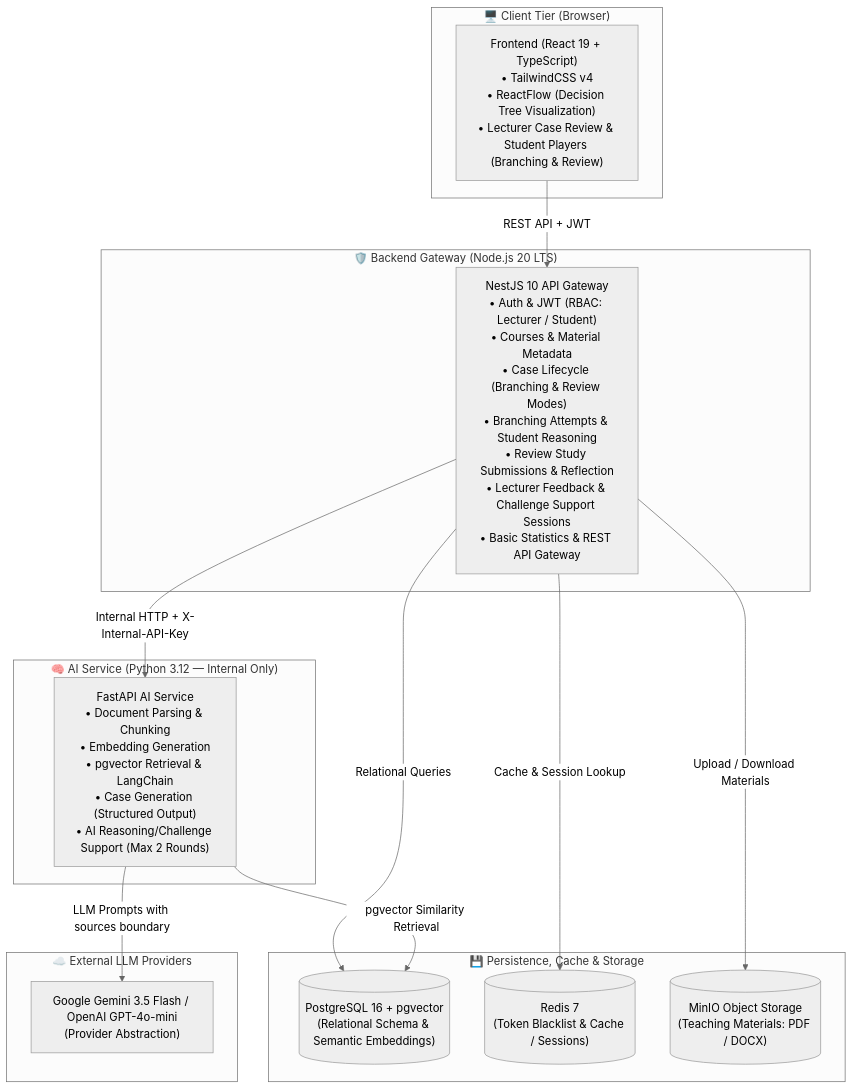
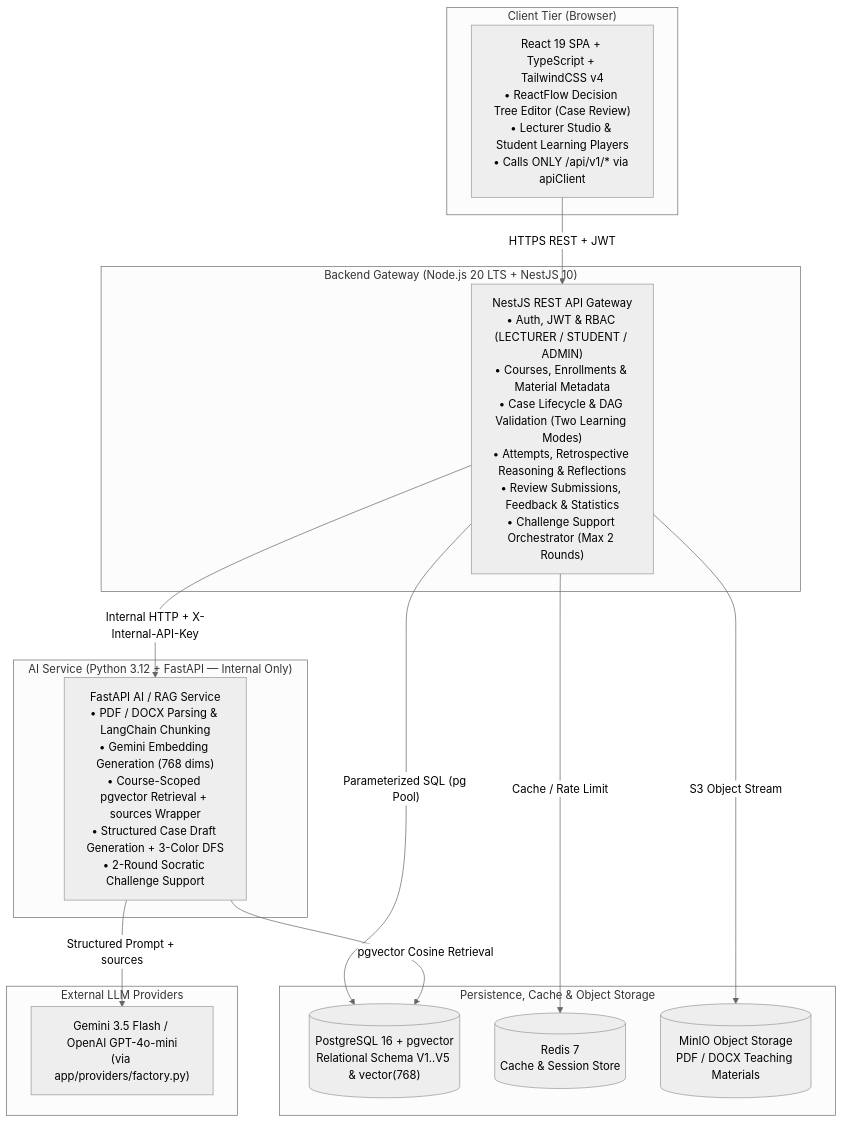
One commit to HoangNam2464/EduBranch-AI changed the diagram in docs/architecture/SYSTEM-ARCHITECTURE.md. Above: the diagram before and after it, drawn with Mermaid (neutral theme). The commit also changed other lines of this file and 93 other files, not shown here.

Commit message:
docs(governance): standardize documentation, naming, and target architecture

````diff
--- a/docs/architecture/SYSTEM-ARCHITECTURE.md
+++ b/docs/architecture/SYSTEM-ARCHITECTURE.md
@@ -54,32 +10,32 @@
 ```mermaid
 flowchart TD
-    subgraph Client ["🖥️ Client Tier (Browser)"]
-        FE["Frontend (React 19 + TypeScript)\n• TailwindCSS v4\n• ReactFlow (Decision Tree Visualization)\n• Lecturer Case Review & Student Players (Branching & Review)"]
+    subgraph Client ["Client Tier (Browser)"]
+        FE["React 19 SPA + TypeScript + TailwindCSS v4\n• ReactFlow Decision Tree Editor (Case Review)\n• Lecturer Studio & Student Learning Players\n• Calls ONLY /api/v1/* via apiClient"]
     end
 
-    subgraph Gateway ["🛡️ Backend Gateway (Node.js 20 LTS)"]
-        BG["NestJS 10 API Gateway\n• Auth & JWT (RBAC: Lecturer / Student)\n• Courses & Material Metadata\n• Case Lifecycle (Branching & Review Modes)\n• Branching Attempts & Student Reasoning\n• Review Study Submissions & Reflection\n• Lecturer Feedback & Challenge Support Sessions\n• Basic Statistics & REST API Gateway"]
+    subgraph Gateway ["Backend Gateway (Node.js 20 LTS + NestJS 10)"]
+        BG["NestJS REST API Gateway\n• Auth, JWT & RBAC (LECTURER / STUDENT / ADMIN)\n• Courses, Enrollments & Material Metadata\n• Case Lifecycle & DAG Validation (Two Learning Modes)\n• Attempts, Retrospective Reasoning & Reflections\n• Review Submissions, Feedback & Statistics\n• Challenge Support Orchestrator (Max 2 Rounds)"]
     end
 
-    subgraph Storage ["💾 Persistence, Cache & Storage"]
-        PG[("PostgreSQL 16 + pgvector\n(Relational Schema & Semantic Embeddings)")]
-        REDIS[("Redis 7\n(Token Blacklist & Cache / Sessions)")]
-        MINIO[("MinIO Object Storage\n(Teaching Materials: PDF / DOCX)")]
+    subgraph Storage ["Persistence, Cache & Object Storage"]
+        PG[("PostgreSQL 16 + pgvector\nRelational Schema V1..V5 & vector(768)")]
+        REDIS[("Redis 7\nCache & Session Store")]
+        MINIO[("MinIO Object Storage\nPDF / DOCX Teaching Materials")]
     end
 
-    subgraph InternalAI ["🧠 AI Service (Python 3.12 — Internal Only)"]
-        AI["FastAPI AI Service\n• Document Parsing & Chunking\n• Embedding Generation\n• pgvector Retrieval & LangChain\n• Case Generation (Structured Output)\n• AI Reasoning/Challenge Support (Max 2 Rounds)"]
+    subgraph InternalAI ["AI Service (Python 3.12 + FastAPI — Internal Only)"]
+        AI["FastAPI AI / RAG Service\n• PDF / DOCX Parsing & LangChain Chunking\n• Gemini Embedding Generation (768 dims)\n• Course-Scoped pgvector Retrieval + sources Wrapper\n• Structured Case Draft Generation + 3-Color DFS\n• 2-Round Socratic Challenge Support"]
     end
 
-    subgraph Providers ["☁️ External LLM Providers"]
-        LLM["Google Gemini 3.5 Flash / OpenAI GPT-4o-mini\n(Provider Abstraction)"]
+    subgraph Providers ["External LLM Providers"]
+        LLM["Gemini 3.5 Flash / OpenAI GPT-4o-mini\n(via app/providers/factory.py)"]
     end
 
-    FE -->|REST API + JWT| BG
-    BG -->|Relational Queries| PG
-    BG -->|Cache & Session Lookup| REDIS
-    BG -->|Upload / Download Materials| MINIO
-    BG -->|Internal HTTP + X-Internal-API-Key| AI
-    AI -->|pgvector Similarity Retrieval| PG
-    AI -->|LLM Prompts with sources boundary| LLM
+    FE -->|"HTTPS REST + JWT"| BG
+    BG -->|"Parameterized SQL (pg Pool)"| PG
+    BG -->|"Cache / Rate Limit"| REDIS
+    BG -->|"S3 Object Stream"| MINIO
+    BG -->|"Internal HTTP + X-Internal-API-Key"| AI
+    AI -->|"pgvector Cosine Retrieval"| PG
+    AI -->|"Structured Prompt + sources"| LLM
 ```
````
